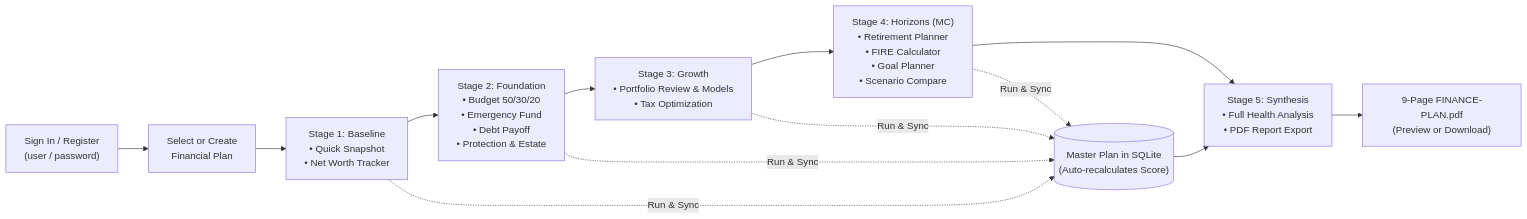
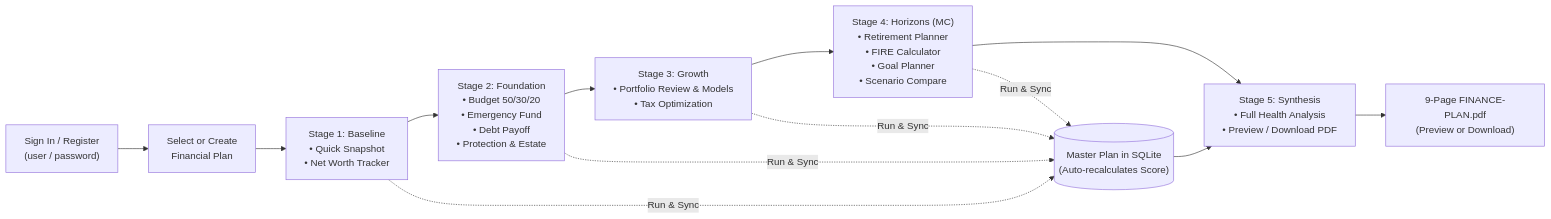
One commit to pmishra02138/ai-finance changed the first of 4 diagrams in docs/WORKFLOW.md. Above: the diagram before and after it, drawn with Mermaid. The commit also changed other lines of this file and 19 other files, not shown here.

````diff
--- a/docs/WORKFLOW.md
+++ b/docs/WORKFLOW.md
@@ -13,17 +13,17 @@
 ```mermaid
 flowchart LR
     Login["Sign In / Register\n(user / password)"] --> SelectPlan["Select or Create\nFinancial Plan"]
 
     SelectPlan --> S1["Stage 1: Baseline\n• Quick Snapshot\n• Net Worth Tracker"]
     S1 --> S2["Stage 2: Foundation\n• Budget 50/30/20\n• Emergency Fund\n• Debt Payoff\n• Protection & Estate"]
     S2 --> S3["Stage 3: Growth\n• Portfolio Review & Models\n• Tax Optimization"]
     S3 --> S4["Stage 4: Horizons (MC)\n• Retirement Planner\n• FIRE Calculator\n• Goal Planner\n• Scenario Compare"]
-    S4 --> S5["Stage 5: Synthesis\n• Full Health Analysis\n• PDF Report Export"]
+    S4 --> S5["Stage 5: Synthesis\n• Full Health Analysis\n• Preview / Download PDF"]
 
     S1 -. "Run & Sync" .-> MasterPlan[("Master Plan in SQLite\n(Auto-recalculates Score)")]
     S2 -. "Run & Sync" .-> MasterPlan
     S3 -. "Run & Sync" .-> MasterPlan
     S4 -. "Run & Sync" .-> MasterPlan
     MasterPlan --> S5
     S5 --> PDF["9-Page FINANCE-PLAN.pdf\n(Preview or Download)"]
 ```
````
